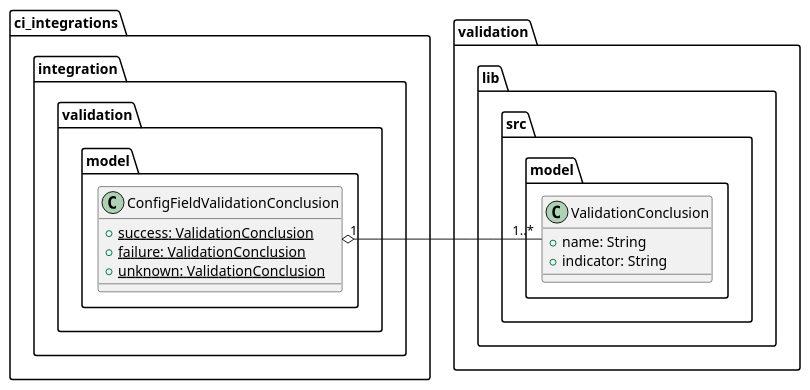
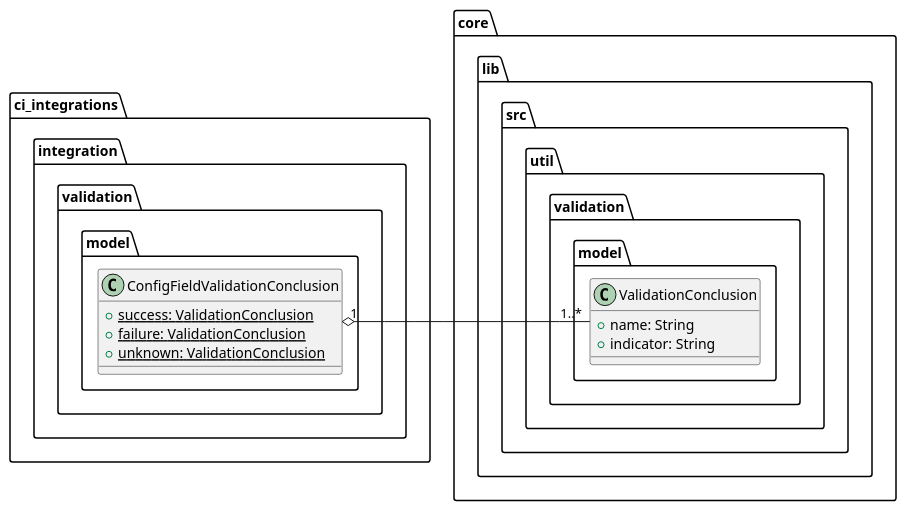
One commit to Flank/flank-dashboard changed the diagram in metrics/cli/docs/features/doctor_output_improvements/diagrams/config_validation_conclusion_class_diagram.puml. Above: the diagram before and after it, drawn with PlantUML. The commit also changed 7 other files, not shown here.

Commit message:
Add validation package to metrics core

```diff
--- a/metrics/cli/docs/features/doctor_output_improvements/diagrams/config_validation_conclusion_class_diagram.puml
+++ b/metrics/cli/docs/features/doctor_output_improvements/diagrams/config_validation_conclusion_class_diagram.puml
@@ -1,20 +1,20 @@
 @startuml ci_integrations_validator_class_diagram
 
-package validation.lib.src.model {
+package core.lib.src.util.validation.model {
     class ValidationConclusion {
         + name: String
         + indicator: String
     }
 }
 
 package ci_integrations.integration.validation.model {
     class ConfigFieldValidationConclusion {
         + {static} success: ValidationConclusion
         + {static} failure: ValidationConclusion
         + {static} unknown: ValidationConclusion
     }
 }
 
 ValidationConclusion "1..*" -left-o "1" ConfigFieldValidationConclusion
 
 @enduml
```
